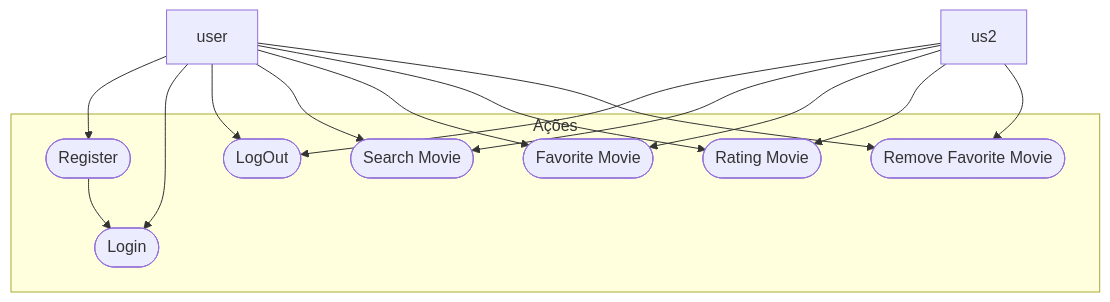
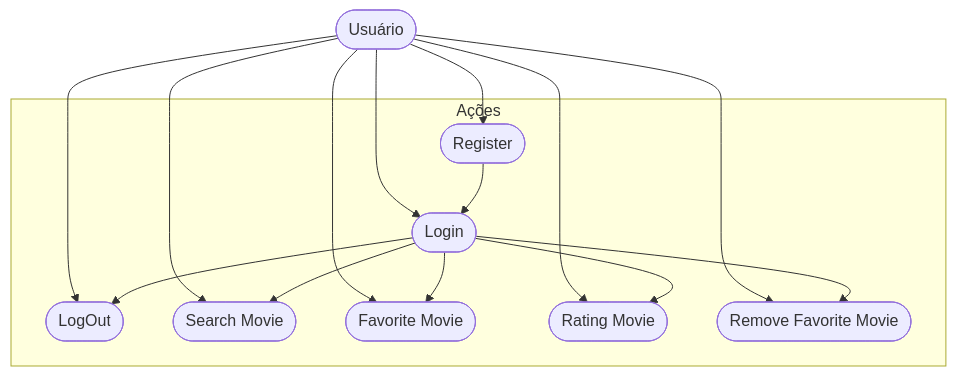
Before and after one commit to Vitor-Hott-Prado/CursoMobileCastelloTB: the second of 3 diagrams in FireBase/cine_favorite/README.md, drawn with Mermaid. The commit also changed other lines of this file, not shown here.

````diff
--- a/FireBase/cine_favorite/README.md
+++ b/FireBase/cine_favorite/README.md
@@ -81,29 +81,30 @@
- ```mermaid
+```mermaid
 graph TD
     subgraph "Ações"
         uc1([Register])
         uc2([Login])
         uc3([LogOut])
         uc4([Search Movie])
         uc5([Favorite Movie])
         uc6([Rating Movie])
         uc7([Remove Favorite Movie])
     end
 
-    user --> uc1
-    user --> uc2
-    user --> uc3
-    user --> uc4
-    user --> uc5
-    user --> uc6
+    user([Usuário])
+
+    user --> uc1 
+    user --> uc2 
+    user --> uc3 
+    user --> uc4 
+    user --> uc5 
+    user --> uc6 
     user --> uc7
 
+    uc1 --> uc2
+    uc2 --> uc3
+    uc2 --> uc4
+    uc2 --> uc5
+    uc2 --> uc6
+    uc2 --> uc7
 
-    uc1 --> uc2
-    us2 --> uc3
-    us2 --> uc4
-    us2 --> uc5 
-    us2 --> uc6
-    us2 --> uc7 
-    
 ```
````
